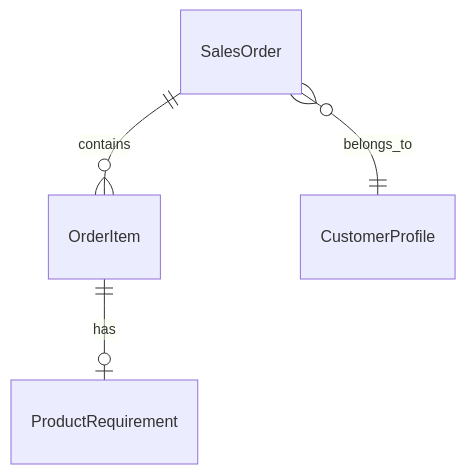
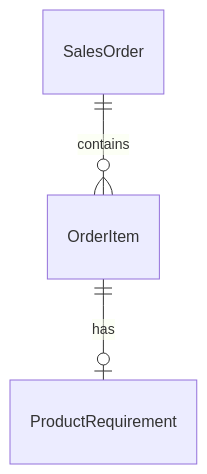
One commit to zhz151/MES changed the first of 3 diagrams in docs/模块设计/订单模块详细设计.md. Above: the diagram before and after it, drawn with Mermaid. The commit also changed other lines of this file and 89 other files, not shown here.

````diff
--- a/docs/模块设计/订单模块详细设计.md
+++ b/docs/模块设计/订单模块详细设计.md
@@ -40,6 +43,5 @@
 ```mermaid
 erDiagram
     SalesOrder ||--o{ OrderItem : contains
-    SalesOrder }o--|| CustomerProfile : belongs_to
     OrderItem ||--o| ProductRequirement : has
 ```
````
